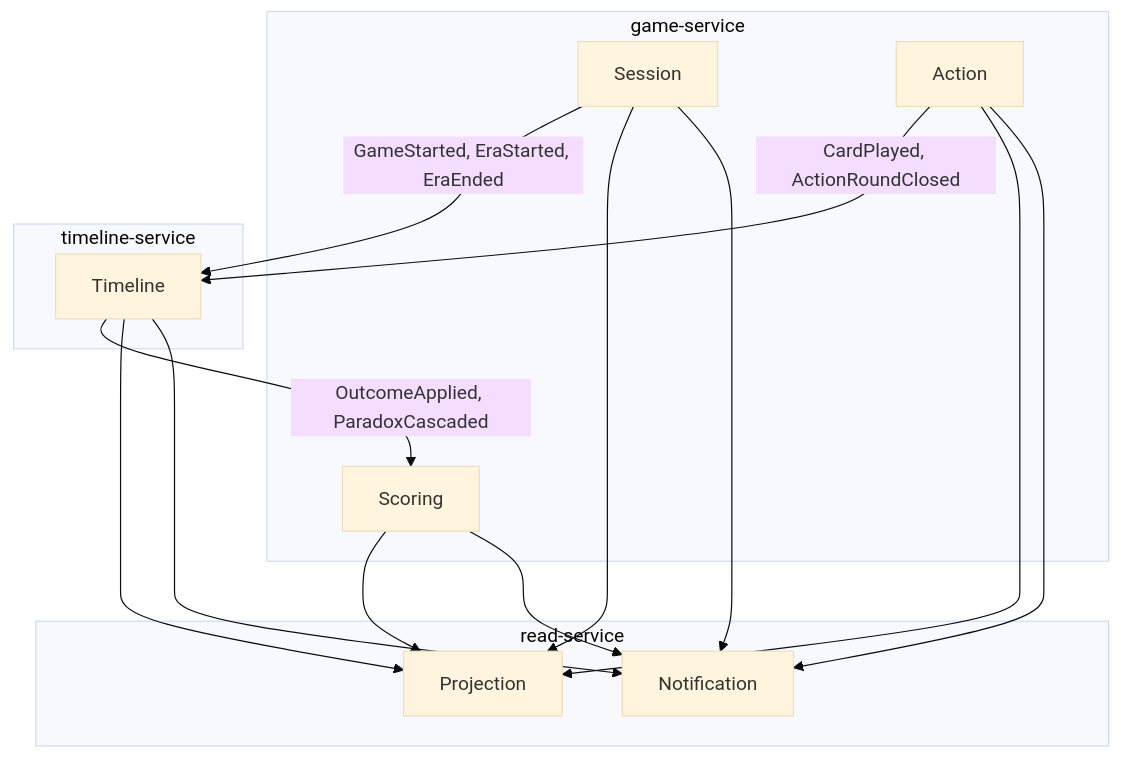
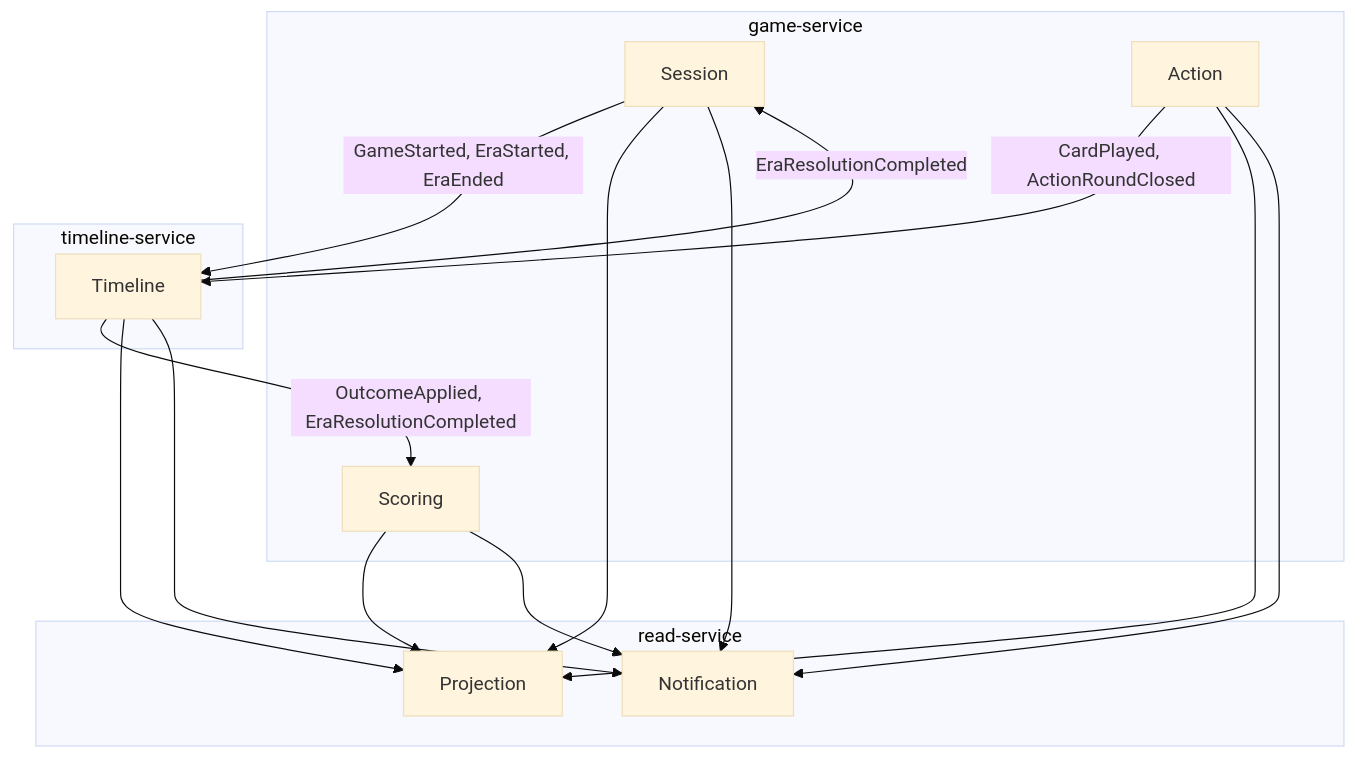
One commit to temporal-rift/docs changed the diagram in architecture/overview.mdx. Above: the diagram before and after it, drawn with Mermaid (base theme). The commit also changed 11 other files, not shown here.

````diff
--- a/architecture/overview.mdx
+++ b/architecture/overview.mdx
@@ -31,23 +31,24 @@
 ```mermaid
 graph TD
   subgraph game-service
     S[Session]
     A[Action]
     SC[Scoring]
   end
   subgraph timeline-service
     TL[Timeline]
   end
   subgraph read-service
     P[Projection]
     N[Notification]
   end
 
   S -->|GameStarted, EraStarted, EraEnded| TL
   A -->|CardPlayed, ActionRoundClosed| TL
-  TL -->|OutcomeApplied, ParadoxCascaded| SC
+  TL -->|OutcomeApplied, EraResolutionCompleted| SC
+  TL -->|EraResolutionCompleted| S
   TL --> P & N
   S --> P & N
   A --> P & N
   SC --> P & N
 ```
````
